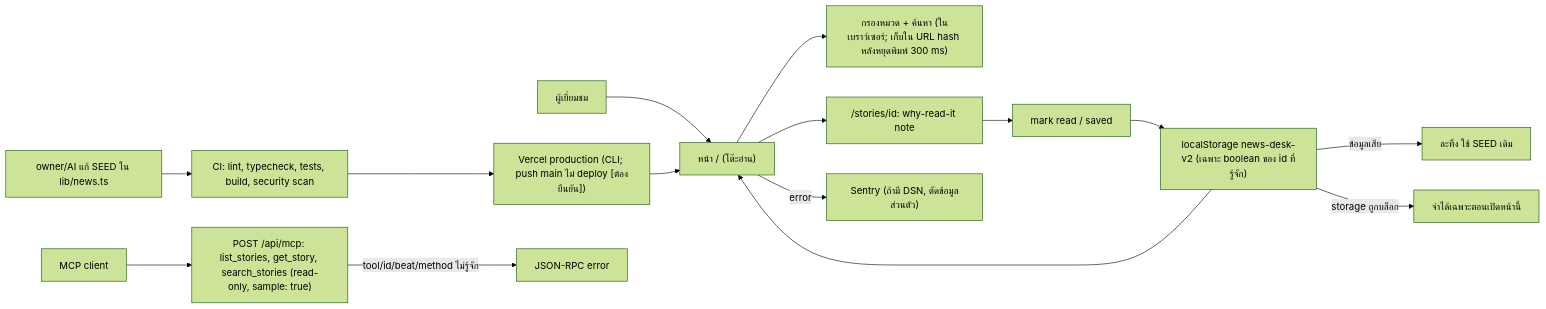
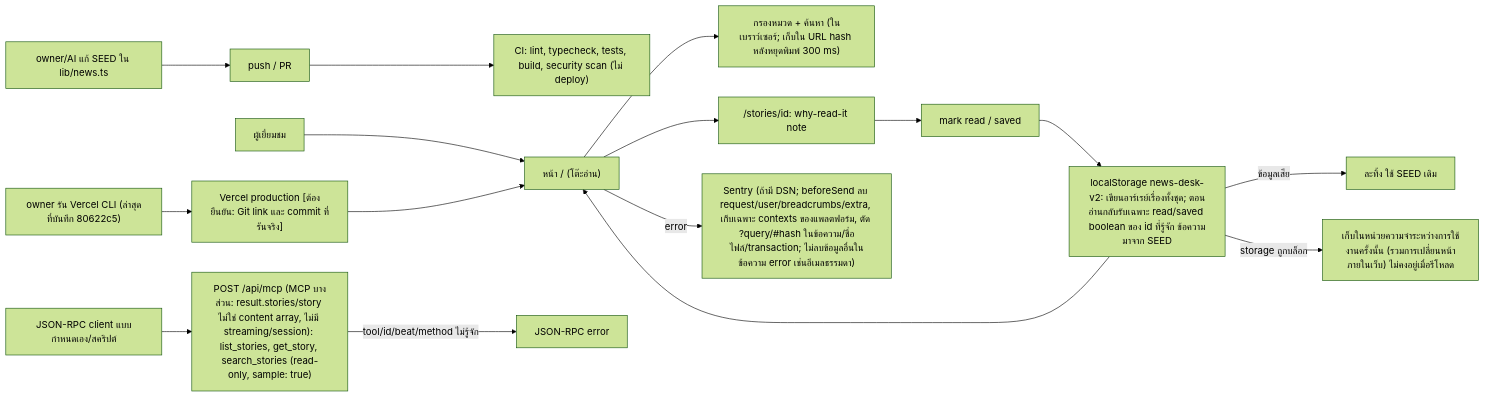
One commit to bookchaowalit-website/content-news-aggregator-web changed the diagram in docs/diagrams/01-business-process.md. Above: the diagram before and after it, drawn with Mermaid (forest theme). The commit also changed other lines of this file, not shown here.

Commit message:
docs: correct As-Is/To-Be facts from review (01-business-process)

````diff
--- a/docs/diagrams/01-business-process.md
+++ b/docs/diagrams/01-business-process.md
@@ -9,17 +9,18 @@
 ```mermaid
 flowchart LR
-  AUTHOR["owner/AI แก้ SEED ใน lib/news.ts"] --> CI["CI: lint, typecheck, tests, build, security scan"]
-  CI --> DEPLOY["Vercel production (CLI; push main ไม่ deploy [ต้องยืนยัน])"]
+  AUTHOR["owner/AI แก้ SEED ใน lib/news.ts"] --> PR["push / PR"]
+  PR --> CI["CI: lint, typecheck, tests, build, security scan (ไม่ deploy)"]
+  OWNER["owner รัน Vercel CLI (ล่าสุดที่บันทึก 80622c5)"] --> DEPLOY["Vercel production [ต้องยืนยัน: Git link และ commit ที่รันจริง]"]
   VISITOR["ผู้เยี่ยมชม"] --> DESK["หน้า / (โต๊ะอ่าน)"]
   DEPLOY --> DESK
   DESK --> FILTER["กรองหมวด + ค้นหา (ในเบราว์เซอร์; เก็บใน URL hash หลังหยุดพิมพ์ 300 ms)"]
   DESK --> STORY["/stories/id: why-read-it note"]
   STORY --> MARK["mark read / saved"]
-  MARK --> STORE["localStorage news-desk-v2 (เฉพาะ boolean ของ id ที่รู้จัก)"]
+  MARK --> STORE["localStorage news-desk-v2: เขียนอาร์เรย์เรื่องทั้งชุด; ตอนอ่านกลับรับเฉพาะ read/saved boolean ของ id ที่รู้จัก ข้อความมาจาก SEED"]
   STORE -->|"ข้อมูลเสีย"| IGN["ละทิ้ง ใช้ SEED เดิม"]
-  STORE -->|"storage ถูกบล็อก"| SESSION["จำได้เฉพาะตอนเปิดหน้านี้"]
+  STORE -->|"storage ถูกบล็อก"| SESSION["เก็บในหน่วยความจำระหว่างการใช้งานครั้งนั้น (รวมการเปลี่ยนหน้าภายในเว็บ) ไม่คงอยู่เมื่อรีโหลด"]
   STORE --> DESK
-  DESK -->|error| SENTRY["Sentry (ถ้ามี DSN, ตัดข้อมูลส่วนตัว)"]
-  CLIENT["MCP client"] --> MCP["POST /api/mcp: list_stories, get_story, search_stories (read-only, sample: true)"]
+  DESK -->|error| SENTRY["Sentry (ถ้ามี DSN; beforeSend ลบ request/user/breadcrumbs/extra, เก็บเฉพาะ contexts ของแพลตฟอร์ม, ตัด ?query/#hash ในข้อความ/ชื่อไฟล์/transaction; ไม่ลบข้อมูลอื่นในข้อความ error เช่นอีเมลธรรมดา)"]
+  CLIENT["JSON-RPC client แบบกำหนดเอง/สคริปต์"] --> MCP["POST /api/mcp (MCP บางส่วน: result.stories/story ไม่ใช่ content array, ไม่มี streaming/session): list_stories, get_story, search_stories (read-only, sample: true)"]
   MCP -->|"tool/id/beat/method ไม่รู้จัก"| ERR["JSON-RPC error"]
 ```
````
